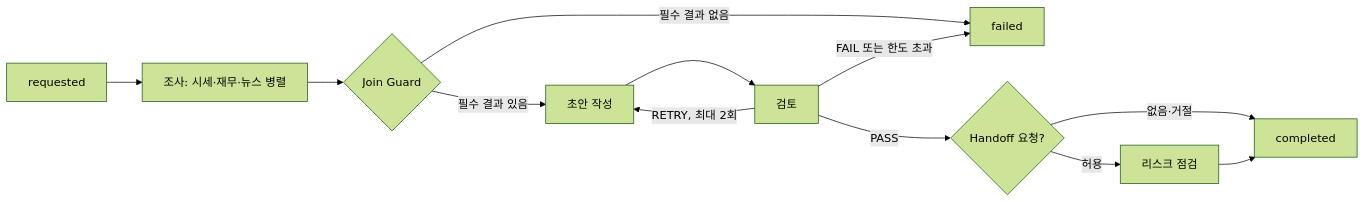
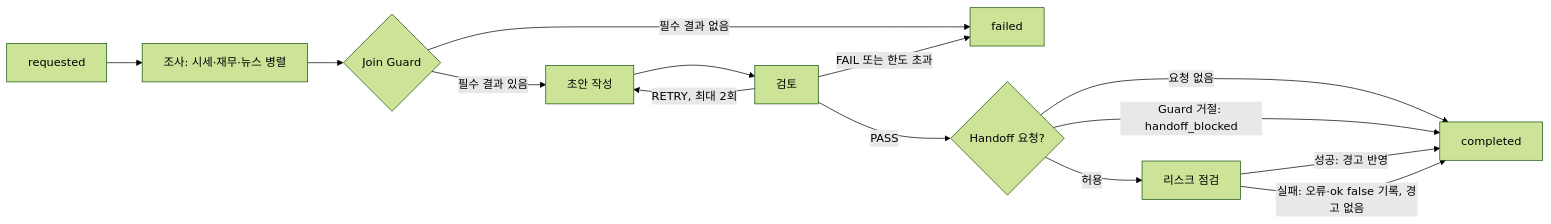
The second of 2 diagrams in docs/설계서.md (encore-ai-campus/AIO-01-P3-TEAM1), drawn with Mermaid (forest theme) before and after one commit. The commit also changed other lines of this file and 1 other file, not shown here.

````diff
--- a/docs/설계서.md
+++ b/docs/설계서.md
@@ -23,14 +77,16 @@
 ```mermaid
 flowchart LR
     A[requested] --> B[조사: 시세·재무·뉴스 병렬]
     B --> C{Join Guard}
     C -->|필수 결과 있음| D[초안 작성]
     C -->|필수 결과 없음| X[failed]
     D --> E[검토]
     E -->|RETRY, 최대 2회| D
     E -->|FAIL 또는 한도 초과| X
     E -->|PASS| F{Handoff 요청?}
     F -->|허용| G[리스크 점검]
-    F -->|없음·거절| H[completed]
-    G --> H
+    F -->|요청 없음| H[completed]
+    F -->|Guard 거절: handoff_blocked| H
+    G -->|성공: 경고 반영| H
+    G -->|실패: 오류·ok false 기록, 경고 없음| H
 ```
````
